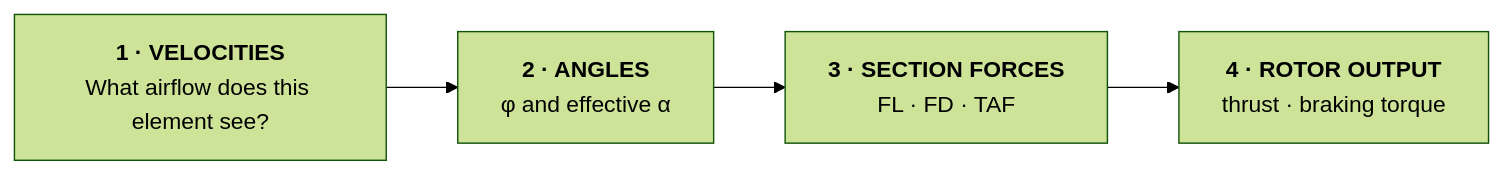
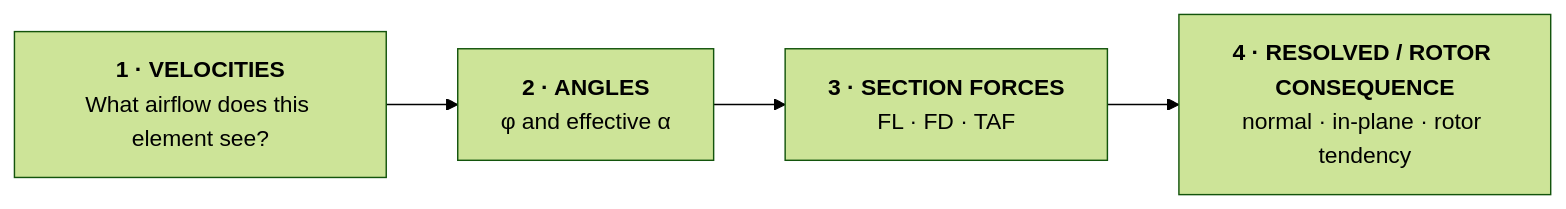
Before and after one commit to ZanneRay/ATPL-H-Learning-Ecosystem: the first of 2 diagrams in docs/curriculum/MODULE-1-BLUEPRINT.md, drawn with Mermaid (forest theme). The commit also changed other lines of this file, not shown here.

````diff
--- a/docs/curriculum/MODULE-1-BLUEPRINT.md
+++ b/docs/curriculum/MODULE-1-BLUEPRINT.md
@@ -46,6 +47,6 @@
 ```mermaid
 flowchart LR
     V["<b>1 · VELOCITIES</b><br/>What airflow does this element see?"] --> A["<b>2 · ANGLES</b><br/>φ and effective α"]
     A --> F["<b>3 · SECTION FORCES</b><br/>FL · FD · TAF"]
-    F --> R["<b>4 · ROTOR OUTPUT</b><br/>thrust · braking torque"]
+    F --> R["<b>4 · RESOLVED / ROTOR CONSEQUENCE</b><br/>normal · in-plane · rotor tendency"]
 ```
````
